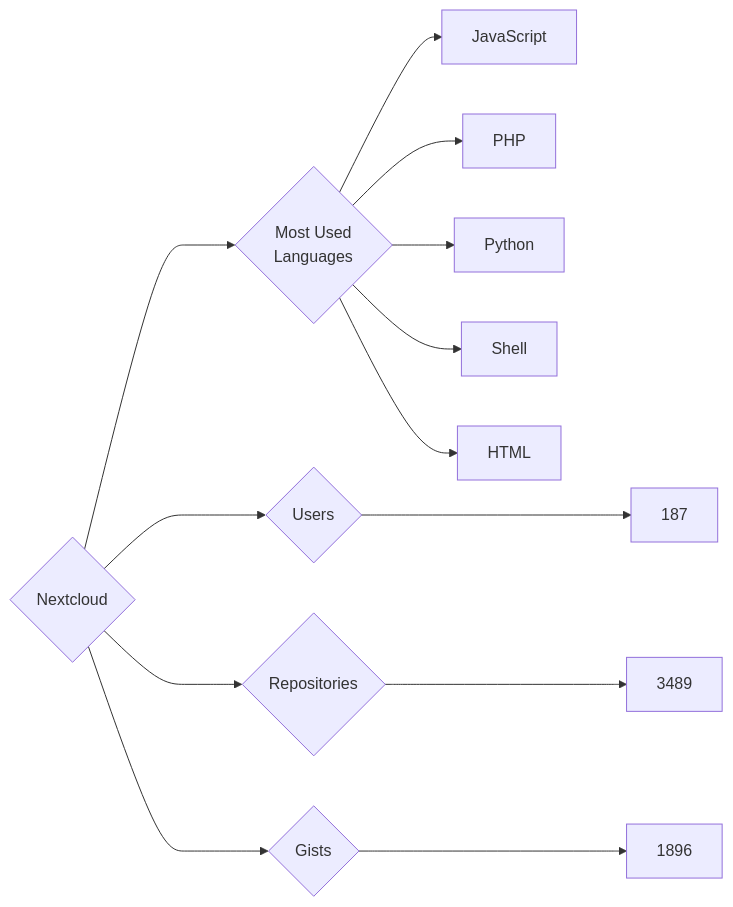
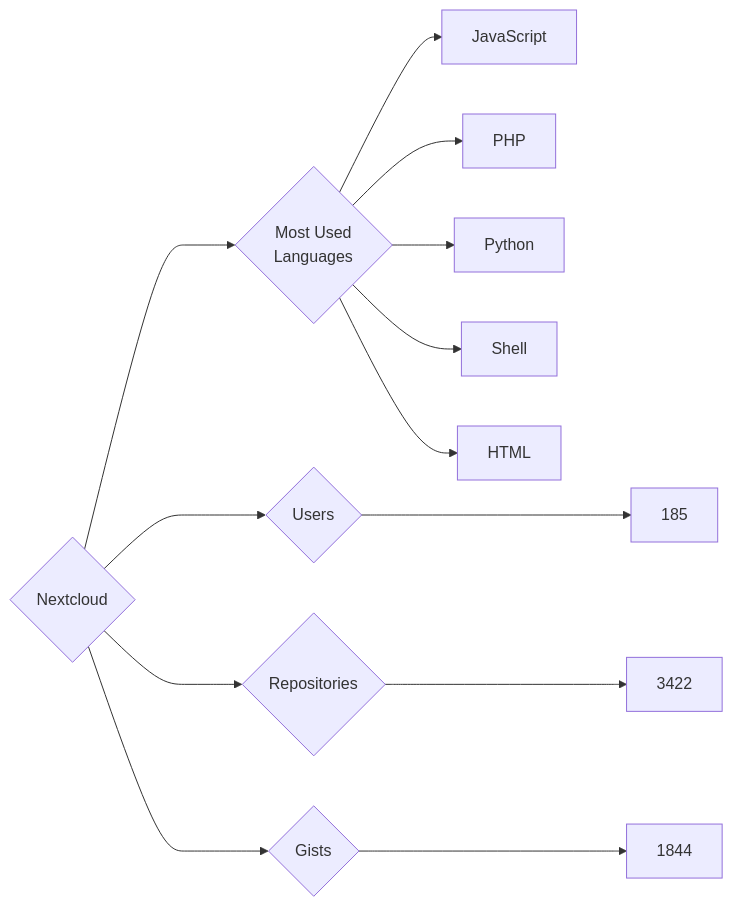
The diagram in targets/Nextcloud/README.md (trickest/insiders), drawn with Mermaid before and after one commit. The commit also changed 903 other files, not shown here.

````diff
--- a/targets/Nextcloud/README.md
+++ b/targets/Nextcloud/README.md
@@ -3,13 +3,13 @@
 ```mermaid
 graph LR
 COMPANY_NAME{Nextcloud}
-COMPANY_NAME ---> U{Users} ---> UN[187]
-COMPANY_NAME ---> R{Repositories} ---> RN[3489]
-COMPANY_NAME ---> G{Gists} ---> GN[1896]
+COMPANY_NAME ---> U{Users} ---> UN[185]
+COMPANY_NAME ---> R{Repositories} ---> RN[3422]
+COMPANY_NAME ---> G{Gists} ---> GN[1844]
 COMPANY_NAME ---> ML{Most Used<br>Languages}
 ML --> JavaScript[JavaScript]
 ML --> PHP[PHP]
 ML --> Python[Python]
 ML --> Shell[Shell]
 ML --> HTML[HTML]
 ```
````
